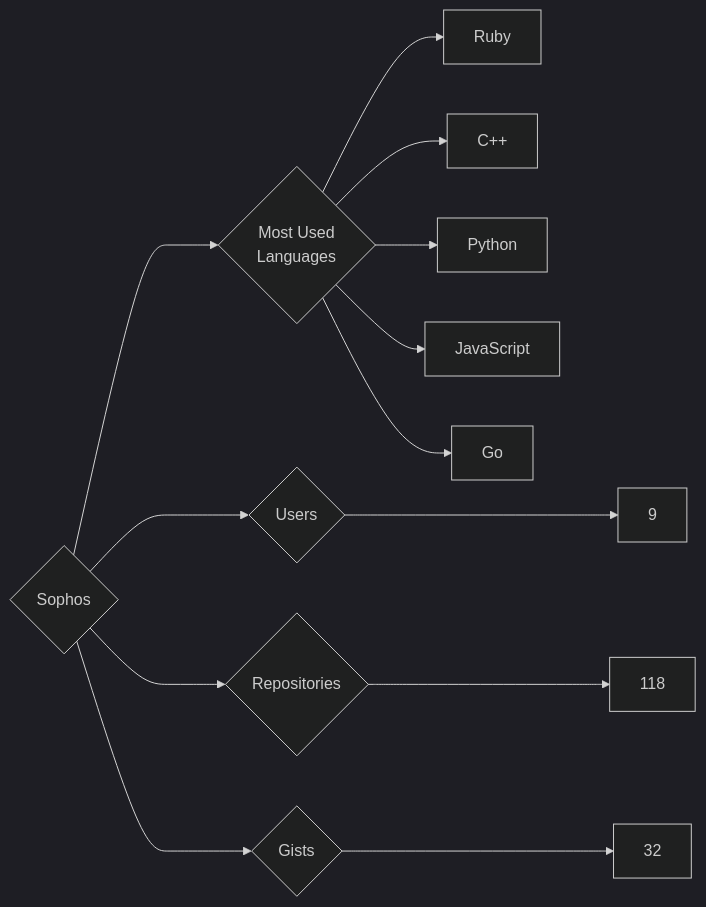
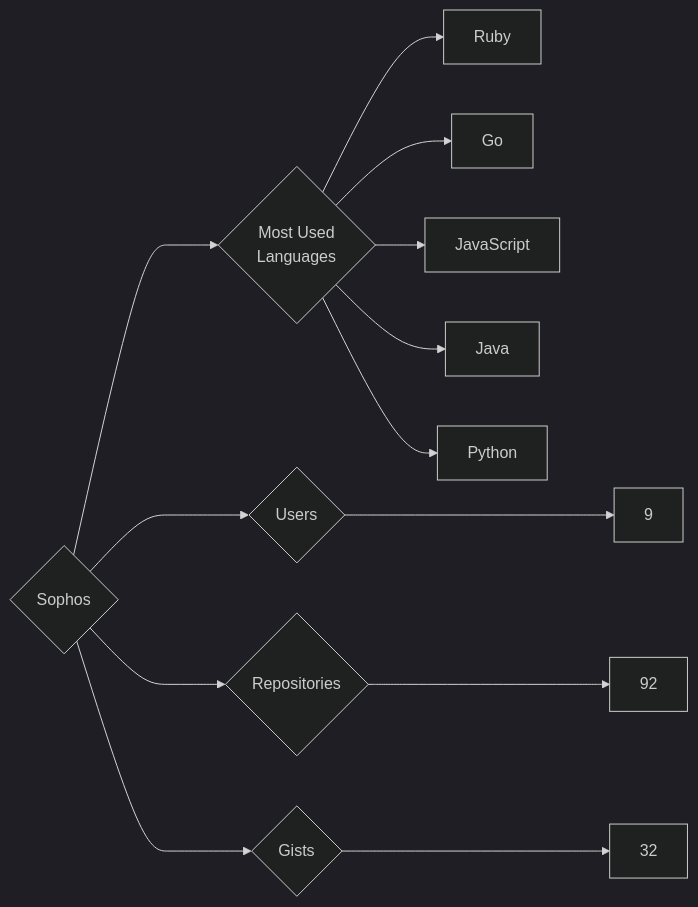
One commit to trickest/insiders changed the diagram in targets/Sophos/README.md. Above: the diagram before and after it, drawn with Mermaid (dark theme). The commit also changed 1389 other files, not shown here.

````diff
--- a/targets/Sophos/README.md
+++ b/targets/Sophos/README.md
@@ -3,13 +3,13 @@
 ```mermaid
 graph LR
 COMPANY_NAME{Sophos}
 COMPANY_NAME ---> U{Users} ---> UN[9]
-COMPANY_NAME ---> R{Repositories} ---> RN[118]
+COMPANY_NAME ---> R{Repositories} ---> RN[92]
 COMPANY_NAME ---> G{Gists} ---> GN[32]
 COMPANY_NAME ---> ML{Most Used<br>Languages}
 ML --> Ruby[Ruby]
-ML --> C++[C++]
+ML --> Go[Go]
+ML --> JavaScript[JavaScript]
+ML --> Java[Java]
 ML --> Python[Python]
-ML --> JavaScript[JavaScript]
-ML --> Go[Go]
 ```
````
